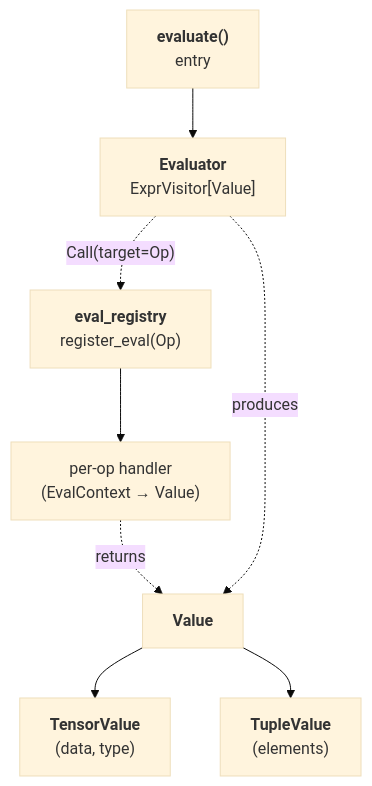
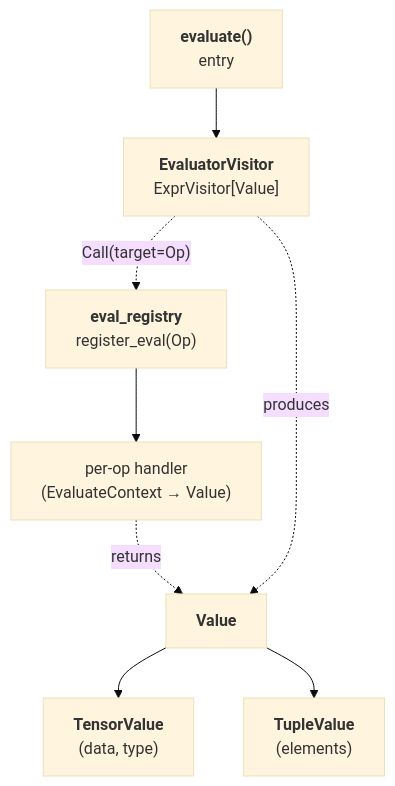
Before and after one commit to UranusSeven/TileFoundry: the diagram in docs/spec/evaluator.md, drawn with Mermaid (base theme). The commit also changed other lines of this file and 80 other files, not shown here.

````diff
--- a/docs/spec/evaluator.md
+++ b/docs/spec/evaluator.md
@@ -8,18 +8,18 @@
 ```mermaid
 flowchart TB
     evaluate["<b>evaluate()</b><br/>entry"]
-    Evaluator["<b>Evaluator</b><br/>ExprVisitor[Value]"]
+    Evaluator["<b>EvaluatorVisitor</b><br/>ExprVisitor[Value]"]
     registry["<b>eval_registry</b><br/>register_eval(Op)"]
-    handler["per-op handler<br/>(EvalContext → Value)"]
+    handler["per-op handler<br/>(EvaluateContext → Value)"]
     Value["<b>Value</b>"]
     TensorValue["<b>TensorValue</b><br/>(data, type)"]
     TupleValue["<b>TupleValue</b><br/>(elements)"]
 
     evaluate --> Evaluator
     Evaluator -. "Call(target=Op)" .-> registry
     registry --> handler
     handler -. returns .-> Value
     Evaluator -. produces .-> Value
     Value --> TensorValue
     Value --> TupleValue
 ```
````
